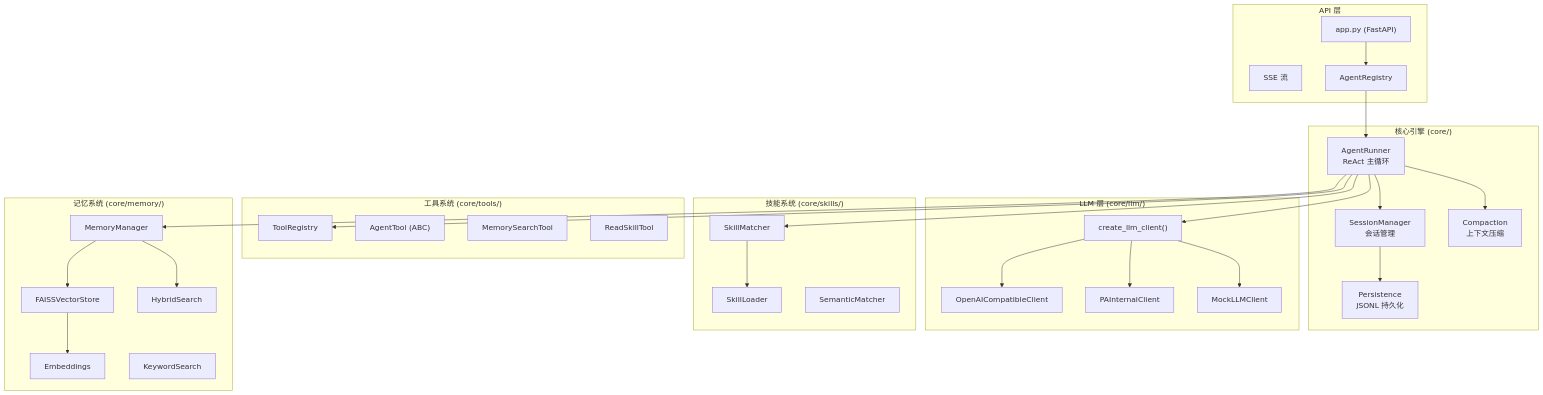
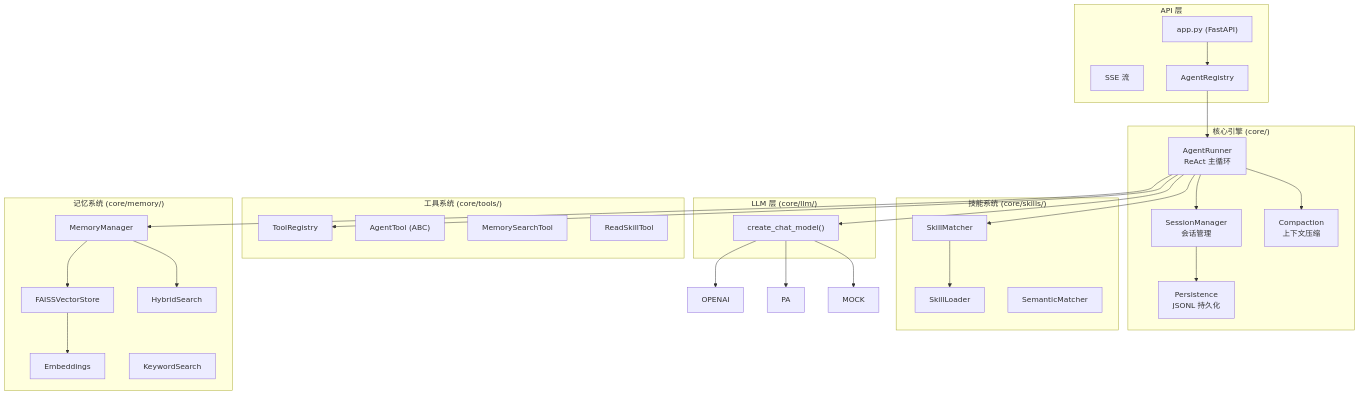
Before and after one commit to YU-JI-KUI/ark-agentic: the first of 3 diagrams in doc/architecture.md, drawn with Mermaid. The commit also changed other lines of this file and 46 other files, not shown here.

````diff
--- a/doc/architecture.md
+++ b/doc/architecture.md
@@ -21,60 +21,57 @@
 ```mermaid
 graph TD
     subgraph API["API 层"]
         APP["app.py (FastAPI)"]
         SSE["SSE 流"]
         REGISTRY["AgentRegistry"]
     end
 
     subgraph Core["核心引擎 (core/)"]
         RUNNER["AgentRunner<br/>ReAct 主循环"]
         SESSION["SessionManager<br/>会话管理"]
         COMPACT["Compaction<br/>上下文压缩"]
         PERSIST["Persistence<br/>JSONL 持久化"]
     end
 
     subgraph LLM["LLM 层 (core/llm/)"]
-        FACTORY["create_llm_client()"]
-        OPENAI["OpenAICompatibleClient"]
-        PA["PAInternalClient"]
-        MOCK["MockLLMClient"]
+        FACTORY["create_chat_model()"]
     end
 
     subgraph Tools["工具系统 (core/tools/)"]
         TOOL_REG["ToolRegistry"]
         TOOL_BASE["AgentTool (ABC)"]
         MEM_TOOL["MemorySearchTool"]
         SKILL_TOOL["ReadSkillTool"]
     end
 
     subgraph Skills["技能系统 (core/skills/)"]
         LOADER["SkillLoader"]
         MATCHER["SkillMatcher"]
         SEMANTIC["SemanticMatcher"]
     end
 
     subgraph Memory["记忆系统 (core/memory/)"]
         MEM_MGR["MemoryManager"]
         VEC_STORE["FAISSVectorStore"]
         EMBED["Embeddings"]
         HYBRID["HybridSearch"]
         KEYWORD["KeywordSearch"]
     end
 
     APP --> REGISTRY
     REGISTRY --> RUNNER
     RUNNER --> SESSION
     RUNNER --> COMPACT
     RUNNER --> FACTORY
     SESSION --> PERSIST
     RUNNER --> TOOL_REG
     RUNNER --> MATCHER
     RUNNER --> MEM_MGR
     FACTORY --> OPENAI
     FACTORY --> PA
     FACTORY --> MOCK
     MATCHER --> LOADER
     MEM_MGR --> VEC_STORE
     MEM_MGR --> HYBRID
     VEC_STORE --> EMBED
 ```
````
